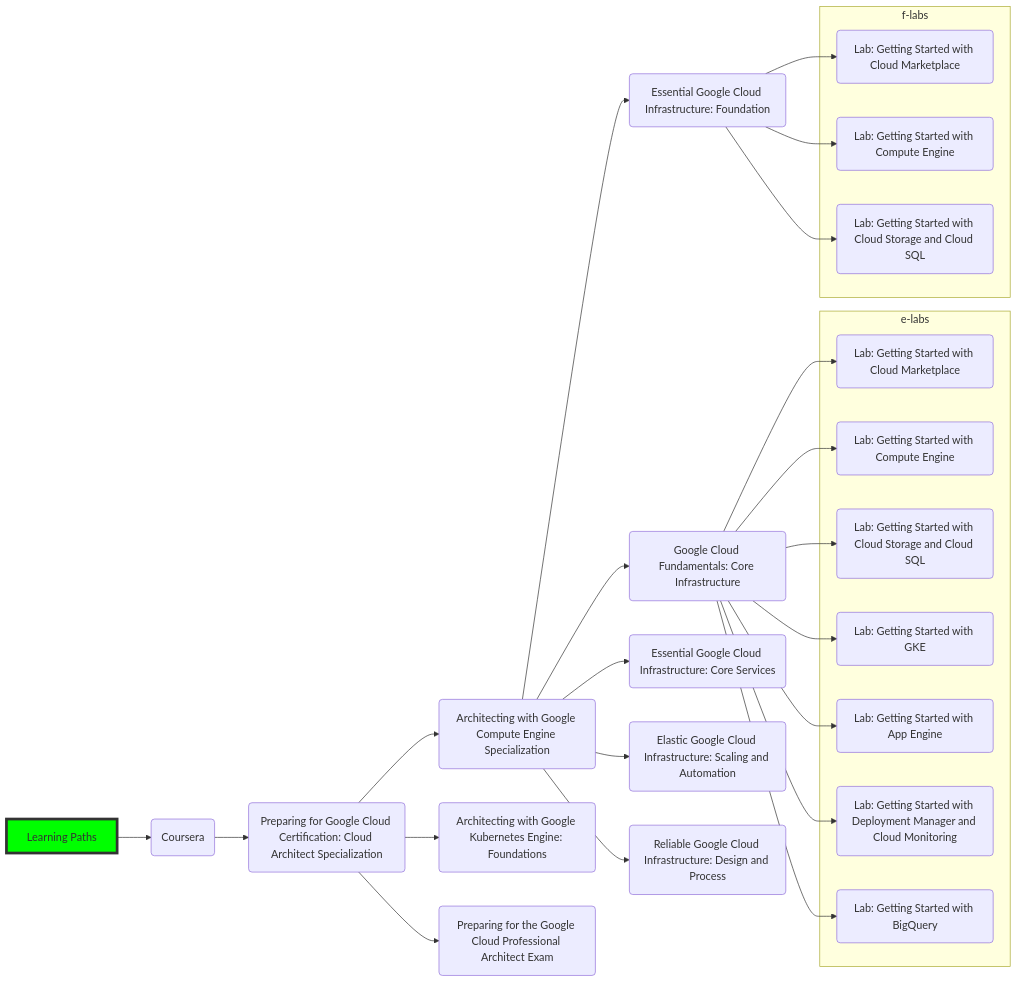
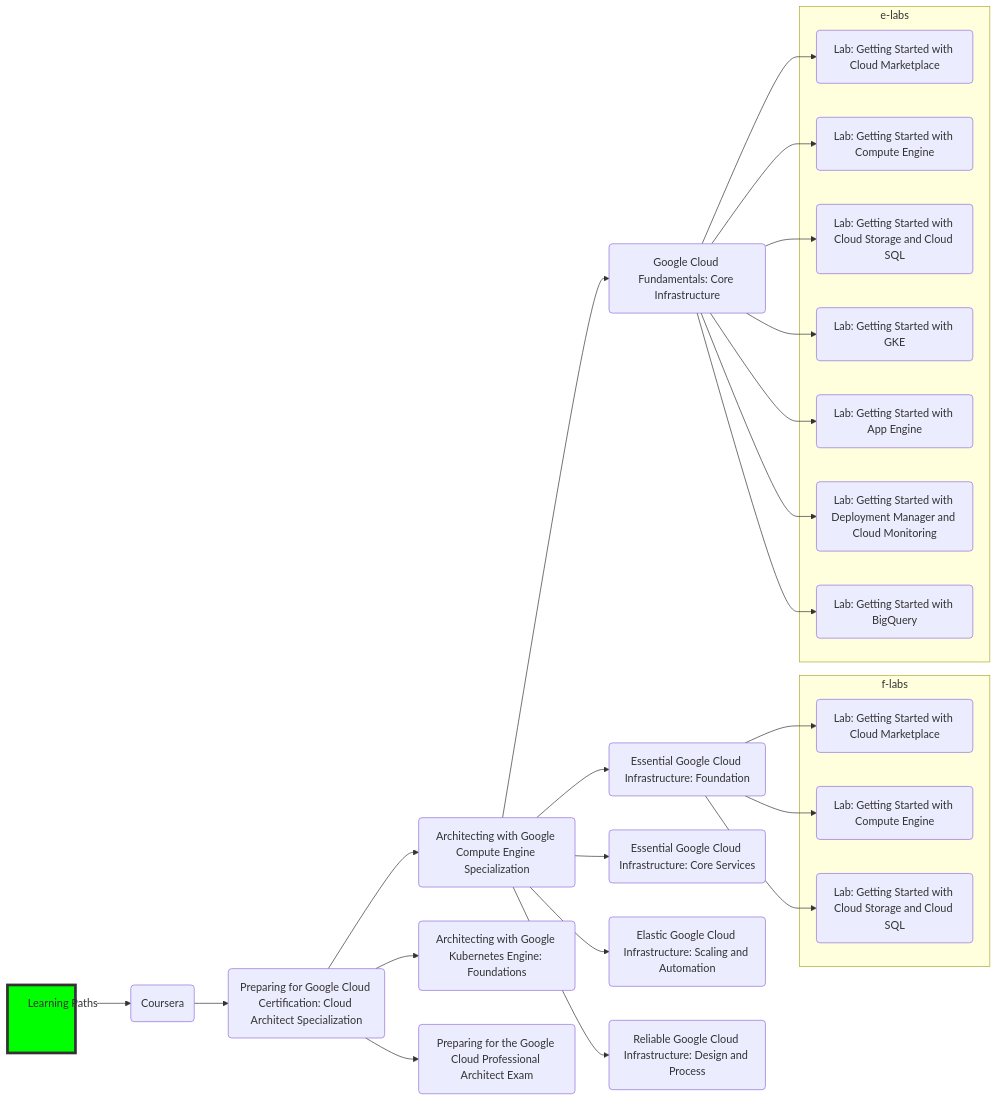
Before and after one commit to apnex/mermaid-api: the diagram in examples/labs3.mmd, drawn with Mermaid. The commit also changed other lines of this file, not shown here.

```diff
--- a/examples/labs3.mmd
+++ b/examples/labs3.mmd
@@ -1,39 +1,39 @@
 graph LR
-	classDef anode fill:#00ff00,stroke:#333,stroke-width:4px,height:50px,text-align:center;
+	classDef anode fill:#00ff00,stroke:#333,stroke-width:4px,height:100px,width:100px,text-align:center;
 
 	A[Learning Paths]:::anode --> B(Coursera)
 	B --> C(Preparing for Google Cloud Certification: Cloud Architect Specialization)
 	C --> D(Architecting with Google Compute Engine Specialization)
 	D --> E(Google Cloud Fundamentals: Core Infrastructure)
 	D --> F(Essential Google Cloud Infrastructure: Foundation)
 	D --> G(Essential Google Cloud Infrastructure: Core Services)
 	D --> H(Elastic Google Cloud Infrastructure: Scaling and Automation)
 	D --> I(Reliable Google Cloud Infrastructure: Design and Process)
 	C --> J(Architecting with Google Kubernetes Engine: Foundations)
 	C --> K(Preparing for the Google Cloud Professional Architect Exam)
+
+	subgraph f-labs
+		F1(Lab: Getting Started with Cloud Marketplace)
+		F2(Lab: Getting Started with Compute Engine)
+		F3(Lab: Getting Started with Cloud Storage and Cloud SQL)
+	end
+	F --> F1
+	F --> F2
+	F --> F3
 
 	subgraph e-labs
 		E1(Lab: Getting Started with Cloud Marketplace)
 		E2(Lab: Getting Started with Compute Engine)
 		E3(Lab: Getting Started with Cloud Storage and Cloud SQL)
 		E4(Lab: Getting Started with GKE)
 		E5(Lab: Getting Started with App Engine)
 		E6(Lab: Getting Started with Deployment Manager and Cloud Monitoring)
 		E7(Lab: Getting Started with BigQuery)
 	end
 	E --> E1
 	E --> E2
 	E --> E3
 	E --> E4
 	E --> E5
 	E --> E6
 	E --> E7
-
-	subgraph f-labs
-		F1(Lab: Getting Started with Cloud Marketplace)
-		F2(Lab: Getting Started with Compute Engine)
-		F3(Lab: Getting Started with Cloud Storage and Cloud SQL)
-	end
-	F --> F1
-	F --> F2
-	F --> F3
```
